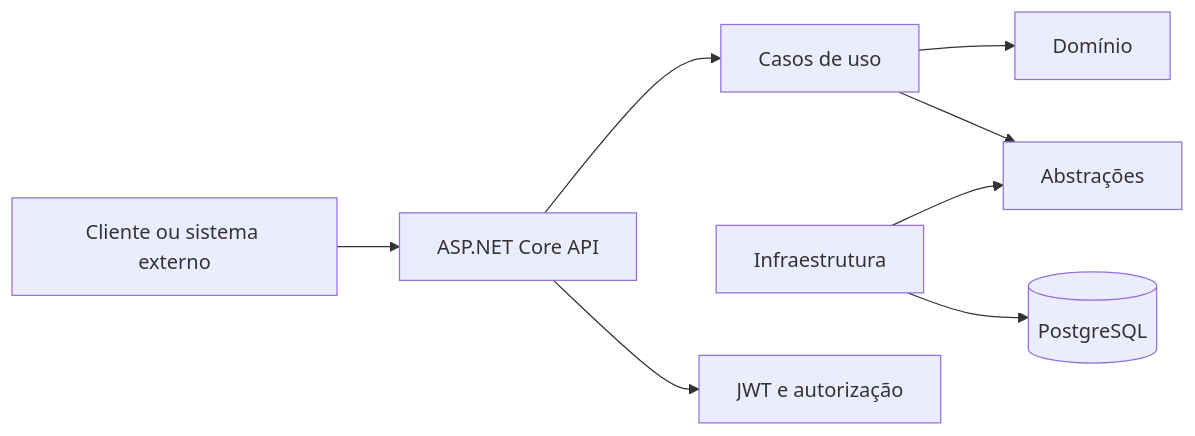
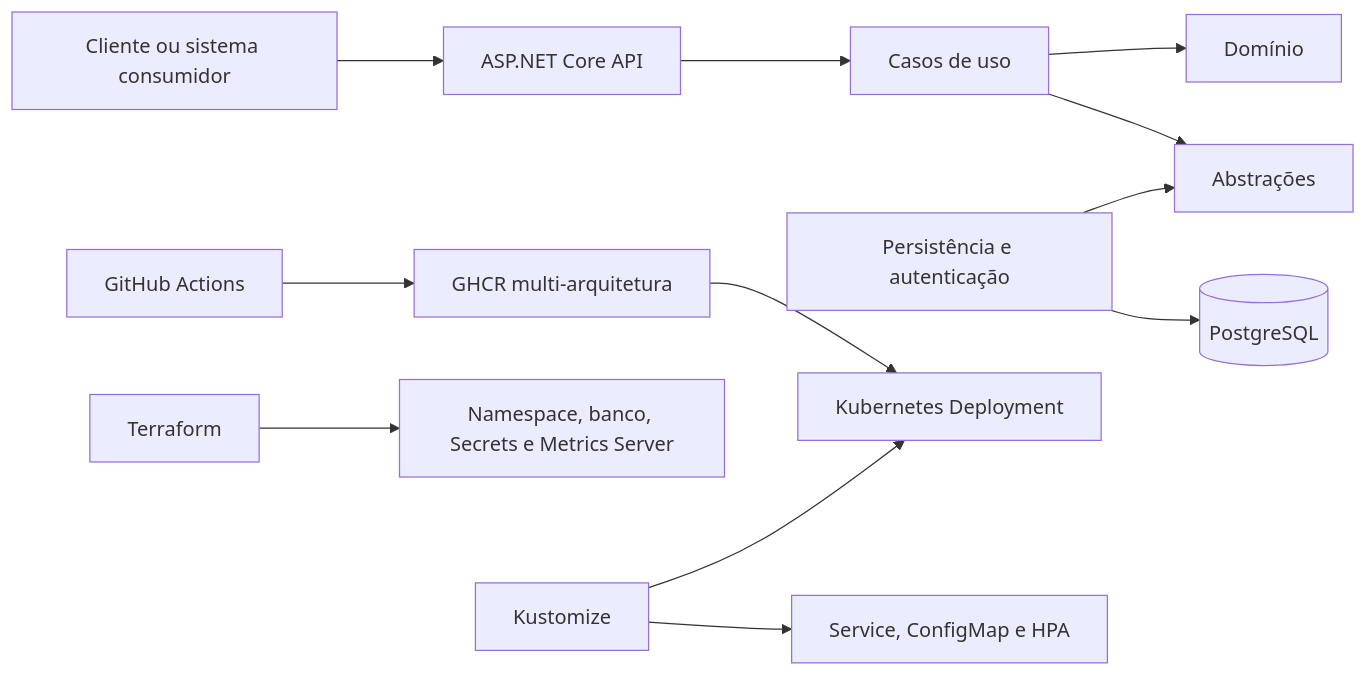
Before and after one commit to louistx/fiap-tech-challenge: the diagram in README.md, drawn with Mermaid. The commit also changed other lines of this file and 12 other files, not shown here.

````diff
--- a/README.md
+++ b/README.md
@@ -47,10 +65,15 @@
 ```mermaid
 flowchart LR
-    Client[Cliente ou sistema externo] --> API[ASP.NET Core API]
+    Client[Cliente ou sistema consumidor] --> API[ASP.NET Core API]
     API --> Application[Casos de uso]
     Application --> Domain[Domínio]
     Application --> Contracts[Abstrações]
-    Infrastructure[Infraestrutura] --> Contracts
+    Infrastructure[Persistência e autenticação] --> Contracts
     Infrastructure --> Database[(PostgreSQL)]
-    API --> Auth[JWT e autorização]
+
+    Actions[GitHub Actions] --> GHCR[GHCR multi-arquitetura]
+    GHCR --> Deployment[Kubernetes Deployment]
+    Terraform[Terraform] --> Dependencies[Namespace, banco, Secrets e Metrics Server]
+    Kustomize[Kustomize] --> Deployment
+    Kustomize --> Service[Service, ConfigMap e HPA]
 ```
````
